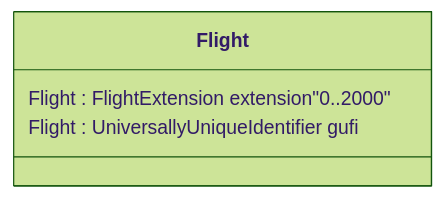
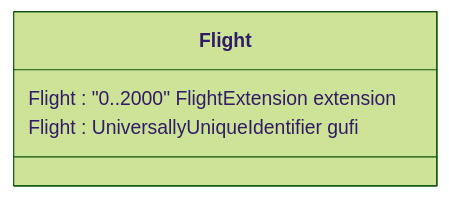
The second of 3 diagrams in docs/fixm/FIXM_UML_in_mermaid.md (du-lapin/test_docsify), drawn with Mermaid (forest theme) before and after one commit.

````diff
--- a/docs/fixm/FIXM_UML_in_mermaid.md
+++ b/docs/fixm/FIXM_UML_in_mermaid.md
@@ -24,7 +24,7 @@
 ```mermaid
 classDiagram
 class Flight{
-Flight : FlightExtension extension"0..2000"
+Flight : "0..2000" FlightExtension extension
 Flight : UniversallyUniqueIdentifier gufi
 }
 ```
````
